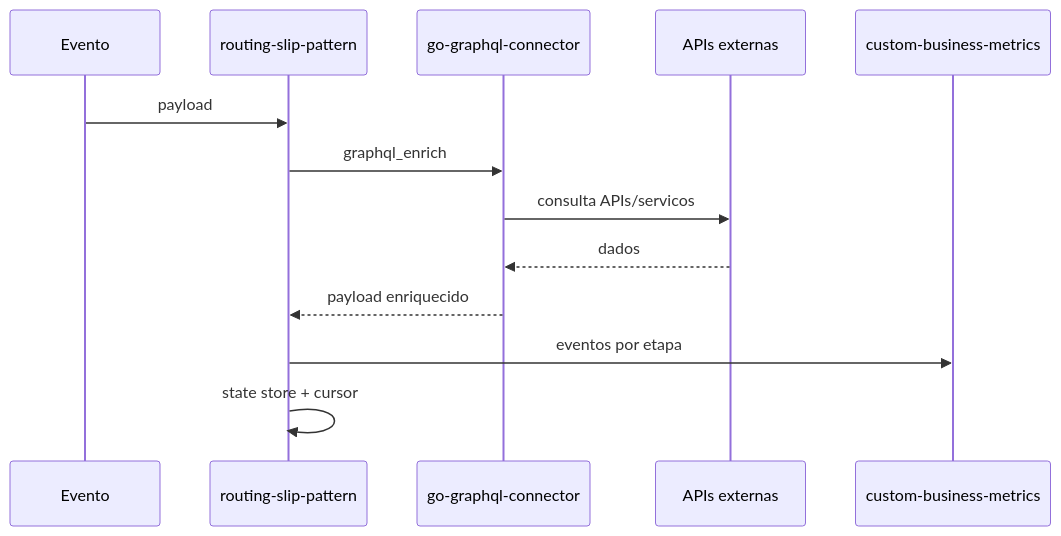
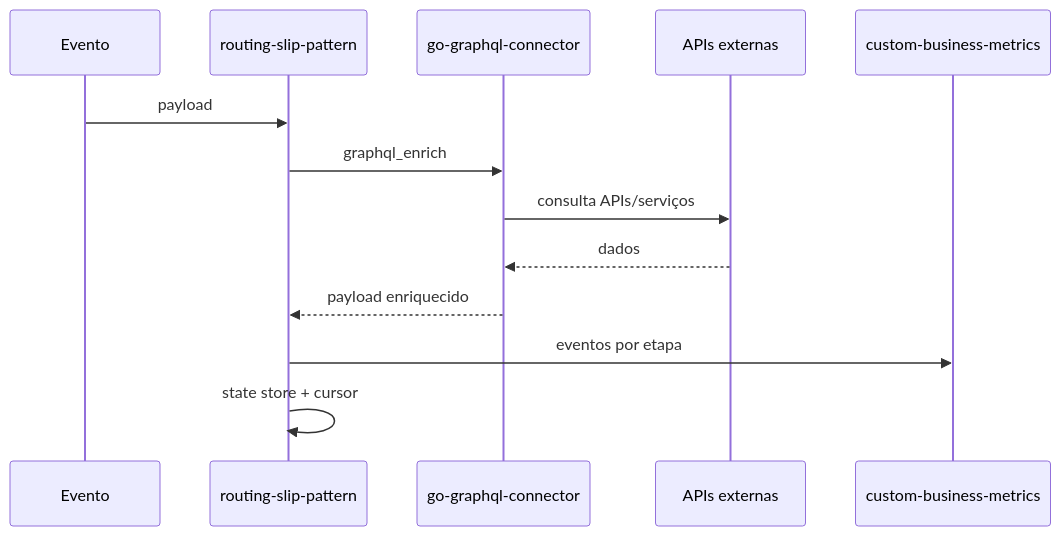
One commit to raywall/routing-slip-pattern changed the diagram in studio/docs/content/01-introducao/04-projetos.md. Above: the diagram before and after it, drawn with Mermaid. The commit also changed other lines of this file and 40 other files, not shown here.

````diff
--- a/studio/docs/content/01-introducao/04-projetos.md
+++ b/studio/docs/content/01-introducao/04-projetos.md
@@ -43,16 +43,16 @@
 ```mermaid
 sequenceDiagram
   participant Event as Evento
   participant Runtime as routing-slip-pattern
   participant GraphQL as go-graphql-connector
   participant API as APIs externas
   participant Metrics as custom-business-metrics
 
   Event->>Runtime: payload
   Runtime->>GraphQL: graphql_enrich
-  GraphQL->>API: consulta APIs/servicos
+  GraphQL->>API: consulta APIs/serviços
   API-->>GraphQL: dados
   GraphQL-->>Runtime: payload enriquecido
   Runtime->>Metrics: eventos por etapa
   Runtime->>Runtime: state store + cursor
 ```
````
